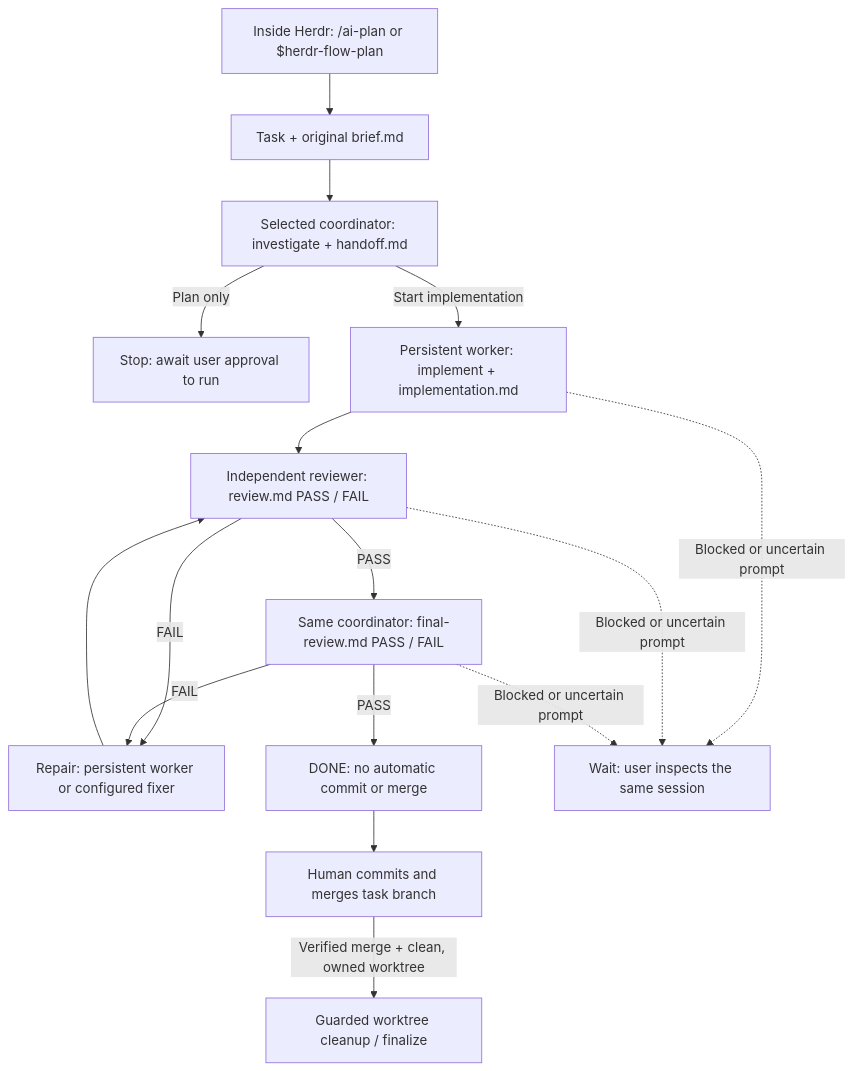
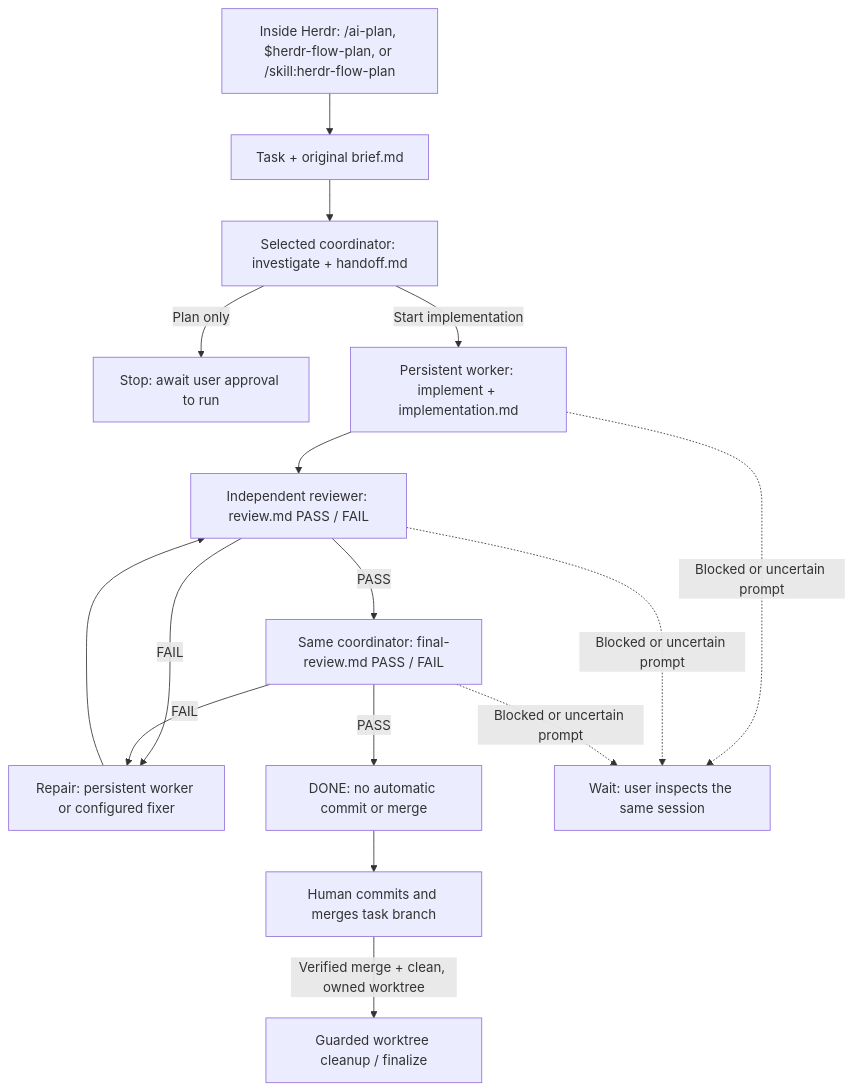
Before and after one commit to mohaphez/herdr-flow: the diagram in README.md, drawn with Mermaid. The commit also changed other lines of this file and 9 other files, not shown here.

````diff
--- a/README.md
+++ b/README.md
@@ -9,18 +9,18 @@
 ```mermaid
 flowchart TD
-    A["Inside Herdr: /ai-plan or $herdr-flow-plan"] --> B["Task + original brief.md"]
+    A["Inside Herdr: /ai-plan, $herdr-flow-plan, or /skill:herdr-flow-plan"] --> B["Task + original brief.md"]
     B --> C["Selected coordinator: investigate + handoff.md"]
     C -->|Plan only| P["Stop: await user approval to run"]
     C -->|Start implementation| W["Persistent worker: implement + implementation.md"]
     W --> R["Independent reviewer: review.md PASS / FAIL"]
     R -->|FAIL| F["Repair: persistent worker or configured fixer"]
     F --> R
     R -->|PASS| G["Same coordinator: final-review.md PASS / FAIL"]
     G -->|FAIL| F
     G -->|PASS| D["DONE: no automatic commit or merge"]
     D --> H["Human commits and merges task branch"]
     H -->|Verified merge + clean, owned worktree| X["Guarded worktree cleanup / finalize"]
     W -.->|Blocked or uncertain prompt| U["Wait: user inspects the same session"]
     R -.->|Blocked or uncertain prompt| U
     G -.->|Blocked or uncertain prompt| U
 ```
````
